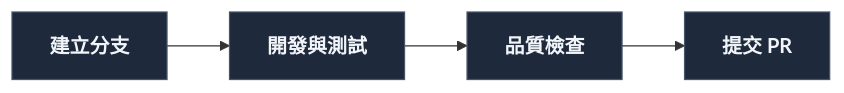
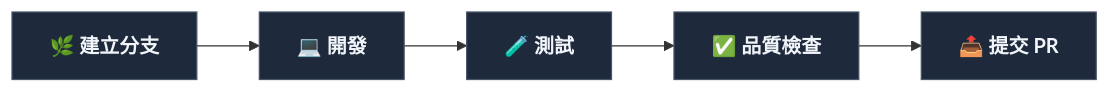
One commit to Neal75418/StarScope changed the diagram in CONTRIBUTING.md. Above: the diagram before and after it, drawn with Mermaid. The commit also changed other lines of this file and 5 other files, not shown here.

````diff
--- a/CONTRIBUTING.md
+++ b/CONTRIBUTING.md
@@ -37,9 +55,10 @@
 ```mermaid
 graph LR
-    A["建立分支"] --> B["開發與測試"]
-    B --> C["品質檢查"]
-    C --> D["提交 PR"]
+    A["🌿 建立分支"] --> B["💻 開發"]
+    B --> C["🧪 測試"]
+    C --> D["✅ 品質檢查"]
+    D --> E["📤 提交 PR"]
 
     classDef step fill:#1e293b,stroke:#475569,color:#f1f5f9,font-weight:bold
-    class A,B,C,D step
+    class A,B,C,D,E step
 ```
````
